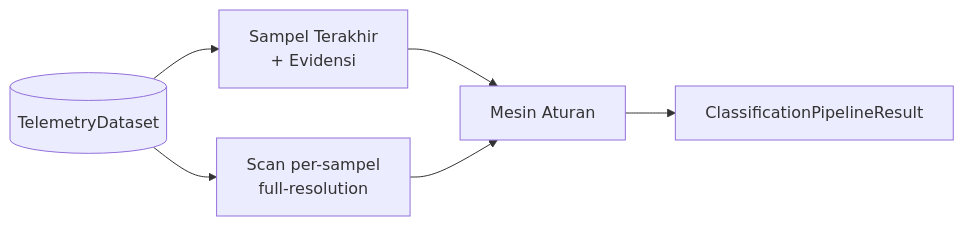
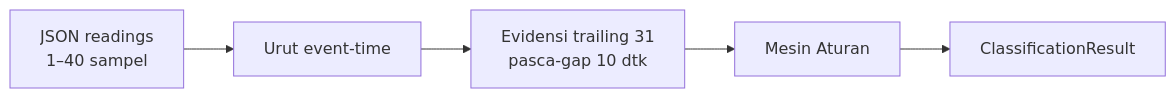
Before and after one commit to edo-z/classify-pump-failure: the diagram in App/service/classification/docs/04-data-flow.md, drawn with Mermaid. The commit also changed other lines of this file and 103 other files, not shown here.

````diff
--- a/App/service/classification/docs/04-data-flow.md
+++ b/App/service/classification/docs/04-data-flow.md
@@ -7,9 +8,7 @@
 ```mermaid
 flowchart LR
-    DS[(TelemetryDataset)] --> Last[Sampel Terakhir\n+ Evidensi]
-    Last --> Engine[Mesin Aturan]
-    Engine --> Resp[ClassificationPipelineResult]
-
-    DS --> Scan[Scan per-sampel\nfull-resolution]
-    Scan --> Engine
+    JSON[JSON readings\n1–40 sampel] --> Order[Urut event-time]
+    Order --> Trim[Evidensi trailing 31\npasca-gap 10 dtk]
+    Trim --> Engine[Mesin Aturan]
+    Engine --> Resp[ClassificationResult]
 ```
````
